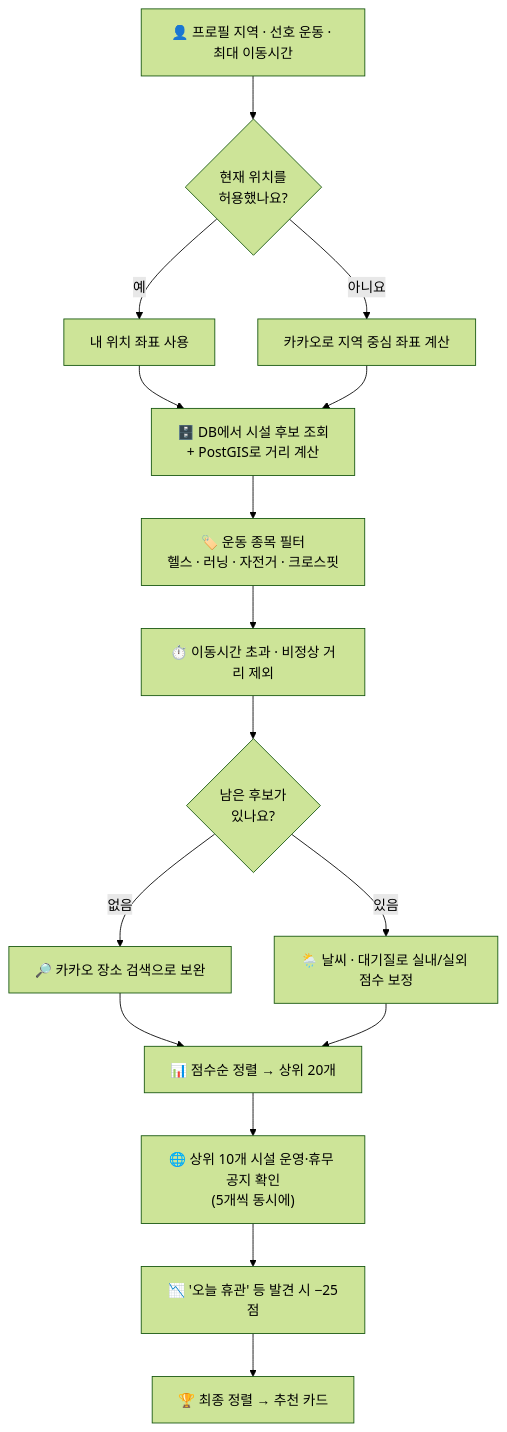
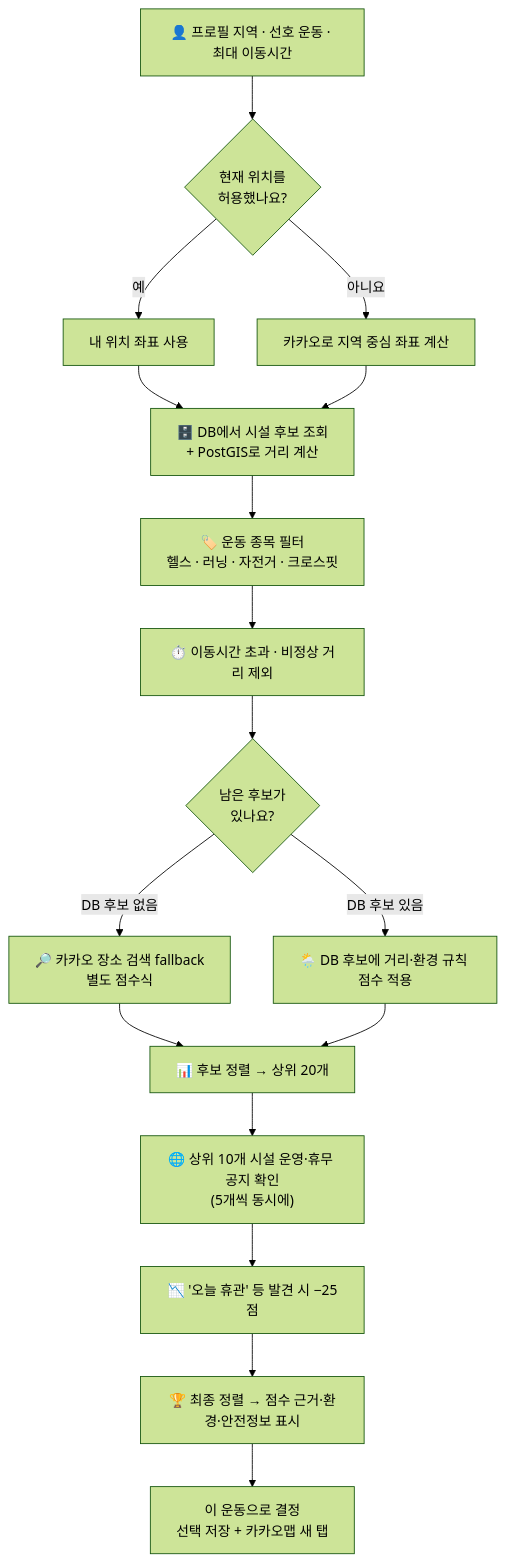
One commit to encore-ai-campus/mlo-02-p1-team3 changed the fifth of 16 diagrams in README.md. Above: the diagram before and after it, drawn with Mermaid (forest theme). The commit also changed other lines of this file and 42 other files, not shown here.

````diff
--- a/README.md
+++ b/README.md
@@ -439,18 +445,19 @@
 ```mermaid
 flowchart TD
     A["👤 프로필 지역 · 선호 운동 · 최대 이동시간"] --> B{"현재 위치를<br/>허용했나요?"}
     B -->|"예"| C["내 위치 좌표 사용"]
     B -->|"아니요"| D["카카오로 지역 중심 좌표 계산"]
     C --> E["🗄️ DB에서 시설 후보 조회<br/>+ PostGIS로 거리 계산"]
     D --> E
     E --> F["🏷️ 운동 종목 필터<br/>헬스 · 러닝 · 자전거 · 크로스핏"]
     F --> G["⏱️ 이동시간 초과 · 비정상 거리 제외"]
     G --> H{"남은 후보가<br/>있나요?"}
-    H -->|"없음"| I["🔎 카카오 장소 검색으로 보완"]
-    H -->|"있음"| J["🌦️ 날씨 · 대기질로 실내/실외 점수 보정"]
-    I --> K
-    J --> K["📊 점수순 정렬 → 상위 20개"]
+    H -->|"DB 후보 있음"| J["🌦️ DB 후보에 거리·환경 규칙 점수 적용"]
+    H -->|"DB 후보 없음"| I["🔎 카카오 장소 검색 fallback<br/>별도 점수식"]
+    I --> K["📊 후보 정렬 → 상위 20개"]
+    J --> K
     K --> L["🌐 상위 10개 시설 운영·휴무 공지 확인<br/>(5개씩 동시에)"]
     L --> M["📉 '오늘 휴관' 등 발견 시 −25점"]
-    M --> N["🏆 최종 정렬 → 추천 카드"]
+    M --> N["🏆 최종 정렬 → 점수 근거·환경·안전정보 표시"]
+    N --> O["이 운동으로 결정<br/>선택 저장 + 카카오맵 새 탭"]
 ```
````
